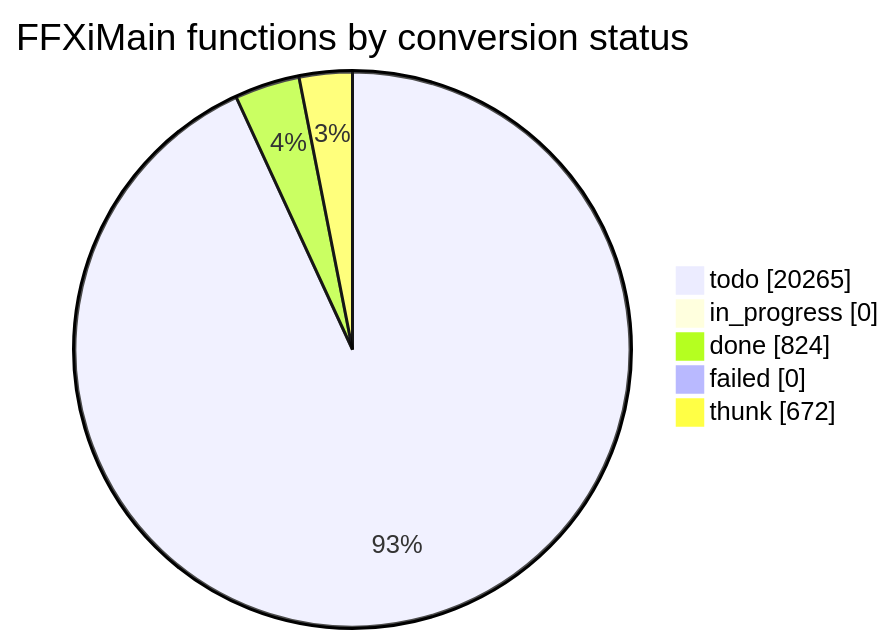
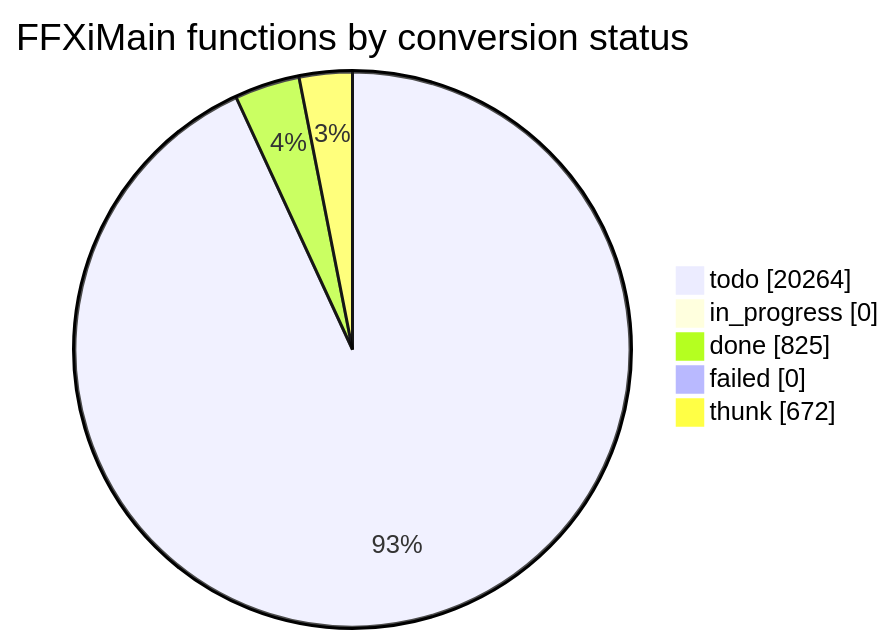
One commit to cowrevenge/cow_kuluu_xi_anything changed the diagram in docs/cow/STATUS.md. Above: the diagram before and after it, drawn with Mermaid. The commit also changed other lines of this file and 9 other files, not shown here.

````diff
--- a/docs/cow/STATUS.md
+++ b/docs/cow/STATUS.md
@@ -18,9 +18,9 @@
 ```mermaid
 pie showData
     title FFXiMain functions by conversion status
-    "todo" : 20265
+    "todo" : 20264
     "in_progress" : 0
-    "done" : 824
+    "done" : 825
     "failed" : 0
     "thunk" : 672
 ```
````
